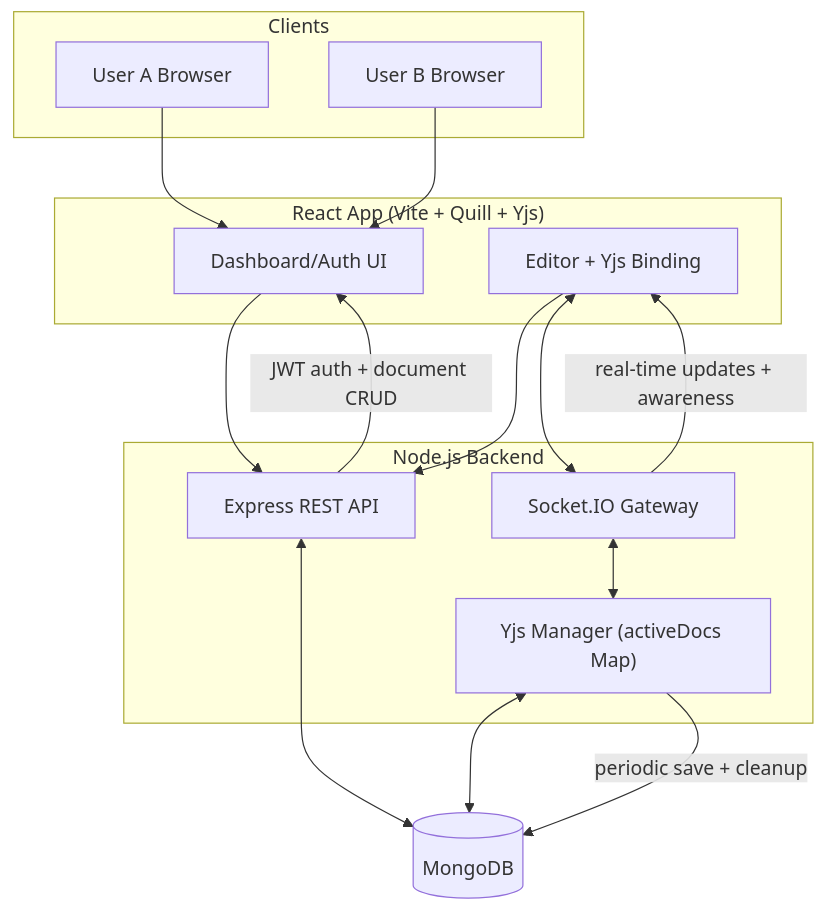
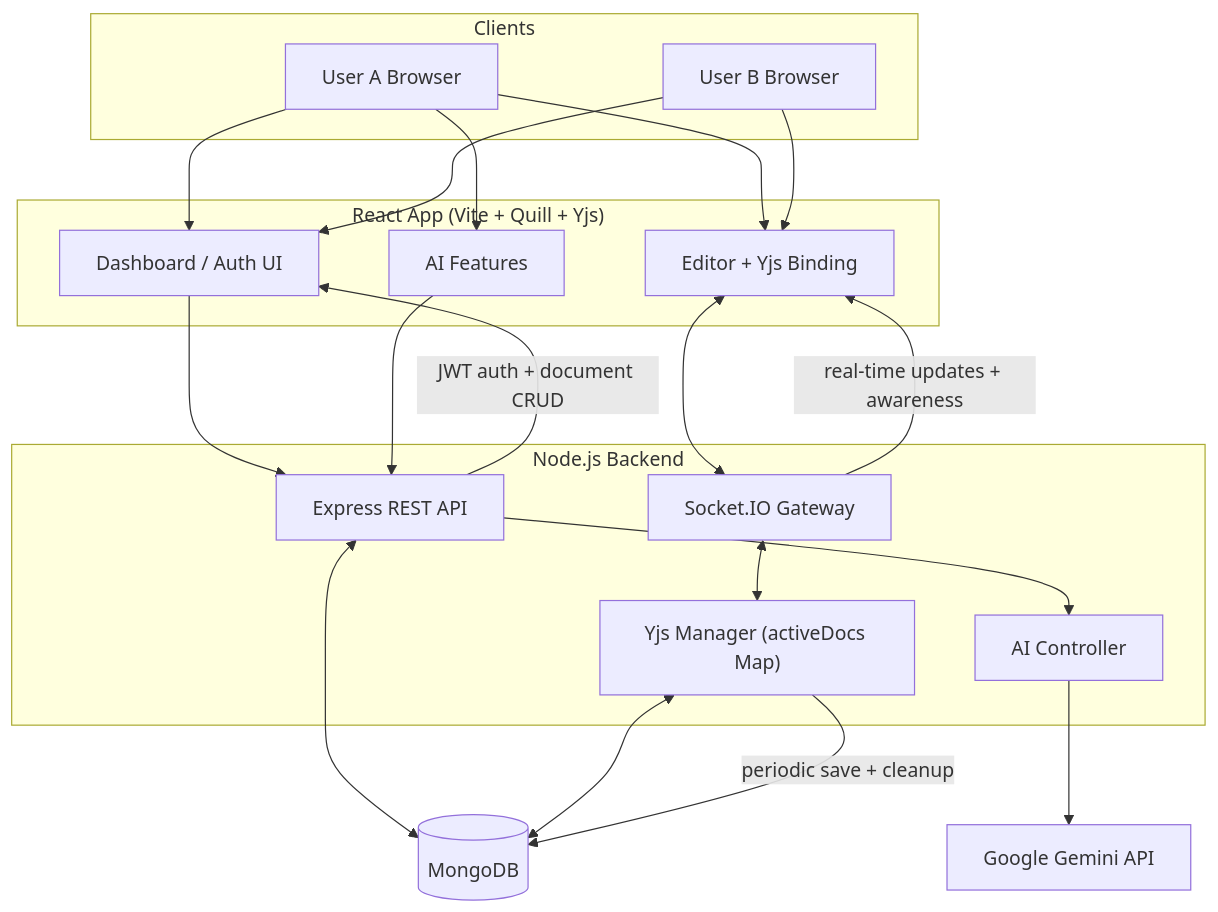
The first of 3 diagrams in README.md (abhoy009/MeDocs), drawn with Mermaid before and after one commit. The commit also changed other lines of this file and 3 other files, not shown here.

````diff
--- a/README.md
+++ b/README.md
@@ -54,33 +59,38 @@
 ```mermaid
 flowchart TB
     subgraph Clients
       U1[User A Browser]
       U2[User B Browser]
     end
 
     subgraph Frontend["React App (Vite + Quill + Yjs)"]
-      FE1[Dashboard/Auth UI]
+      FE1[Dashboard / Auth UI]
       FE2[Editor + Yjs Binding]
+      FE3[AI Features]
     end
 
     subgraph Backend["Node.js Backend"]
       API[Express REST API]
       WS[Socket.IO Gateway]
       YM["Yjs Manager (activeDocs Map)"]
+      AIC[AI Controller]
     end
 
+    GEMINI[Google Gemini API]
     DB[(MongoDB)]
 
-    U1 --> FE1
-    U2 --> FE1
+    U1 --> FE1 & FE2 & FE3
+    U2 --> FE1 & FE2
     FE1 --> API
-    FE2 --> API
     FE2 <--> WS
+    FE3 --> API
     WS <--> YM
     API <--> DB
     YM <--> DB
+    AIC --> GEMINI
+    API --> AIC
 
     API -->|JWT auth + document CRUD| FE1
     WS -->|real-time updates + awareness| FE2
     YM -->|periodic save + cleanup| DB
 ```
````
